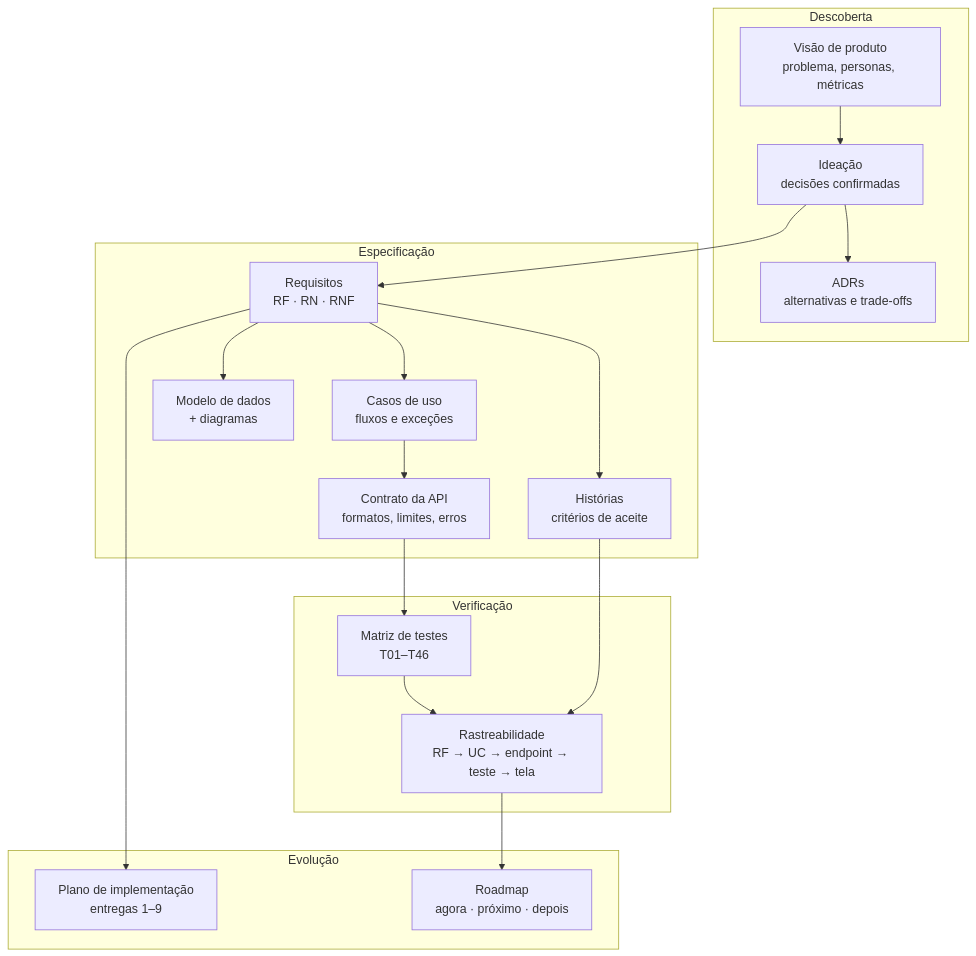
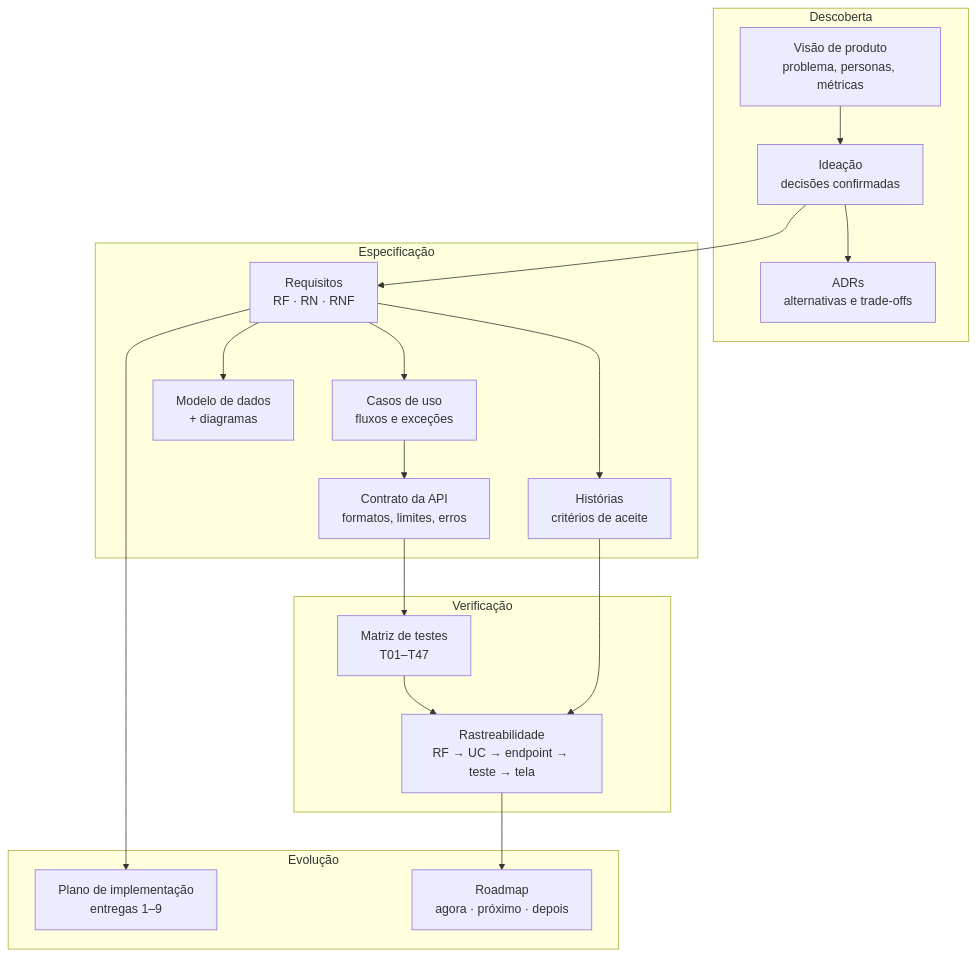
One commit to vsys-val/fastapi-merchant-app changed the diagram in docs/README.md. Above: the diagram before and after it, drawn with Mermaid. The commit also changed other lines of this file and 12 other files, not shown here.

````diff
--- a/docs/README.md
+++ b/docs/README.md
@@ -17,32 +17,32 @@
 ```mermaid
 flowchart TB
   subgraph Descoberta
     VP[Visão de produto<br/>problema, personas, métricas]
     ID[Ideação<br/>decisões confirmadas]
     ADR[ADRs<br/>alternativas e trade-offs]
   end
   subgraph Especificação
     RQ[Requisitos<br/>RF · RN · RNF]
     US[Histórias<br/>critérios de aceite]
     UC[Casos de uso<br/>fluxos e exceções]
     CT[Contrato da API<br/>formatos, limites, erros]
     MD[Modelo de dados<br/>+ diagramas]
   end
   subgraph Verificação
-    MT[Matriz de testes<br/>T01–T46]
+    MT[Matriz de testes<br/>T01–T47]
     RT[Rastreabilidade<br/>RF → UC → endpoint → teste → tela]
   end
   subgraph Evolução
     PL[Plano de implementação<br/>entregas 1–9]
     RM[Roadmap<br/>agora · próximo · depois]
   end
   VP --> ID --> ADR
   ID --> RQ
   RQ --> US & UC
   UC --> CT --> MT
   RQ --> MD
   MT --> RT
   US --> RT
   RT --> RM
   RQ --> PL
 ```
````
